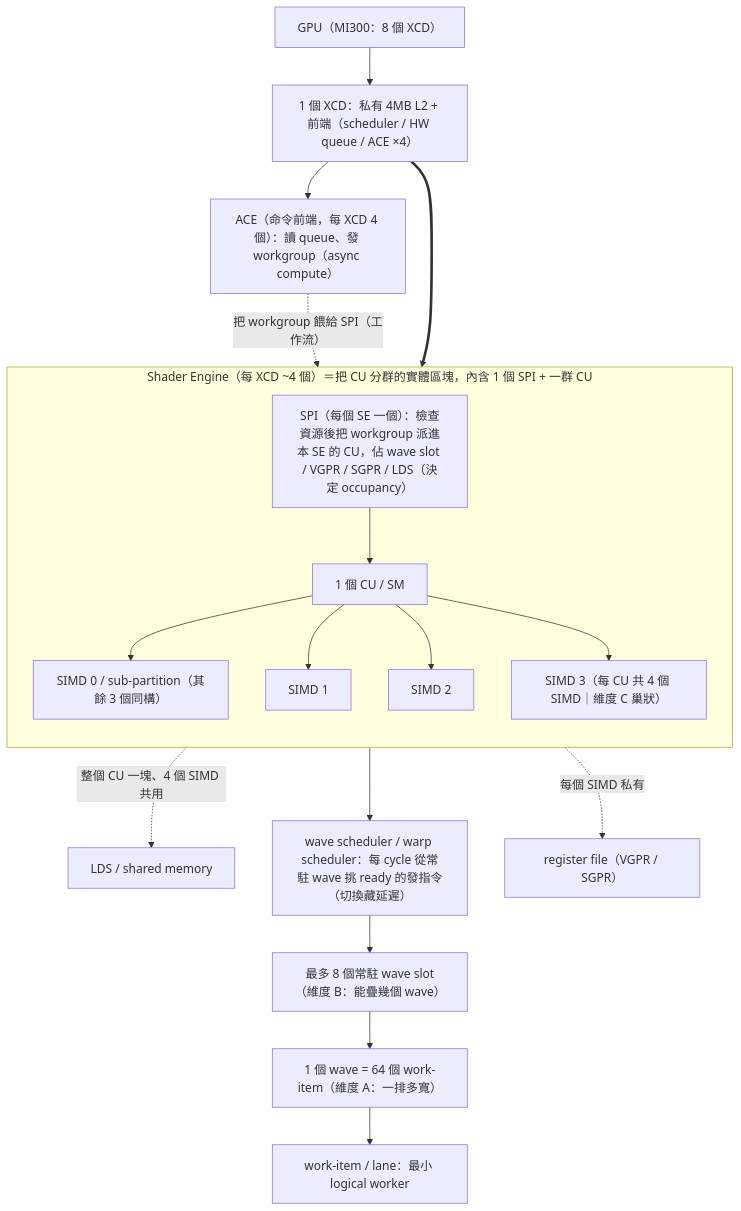
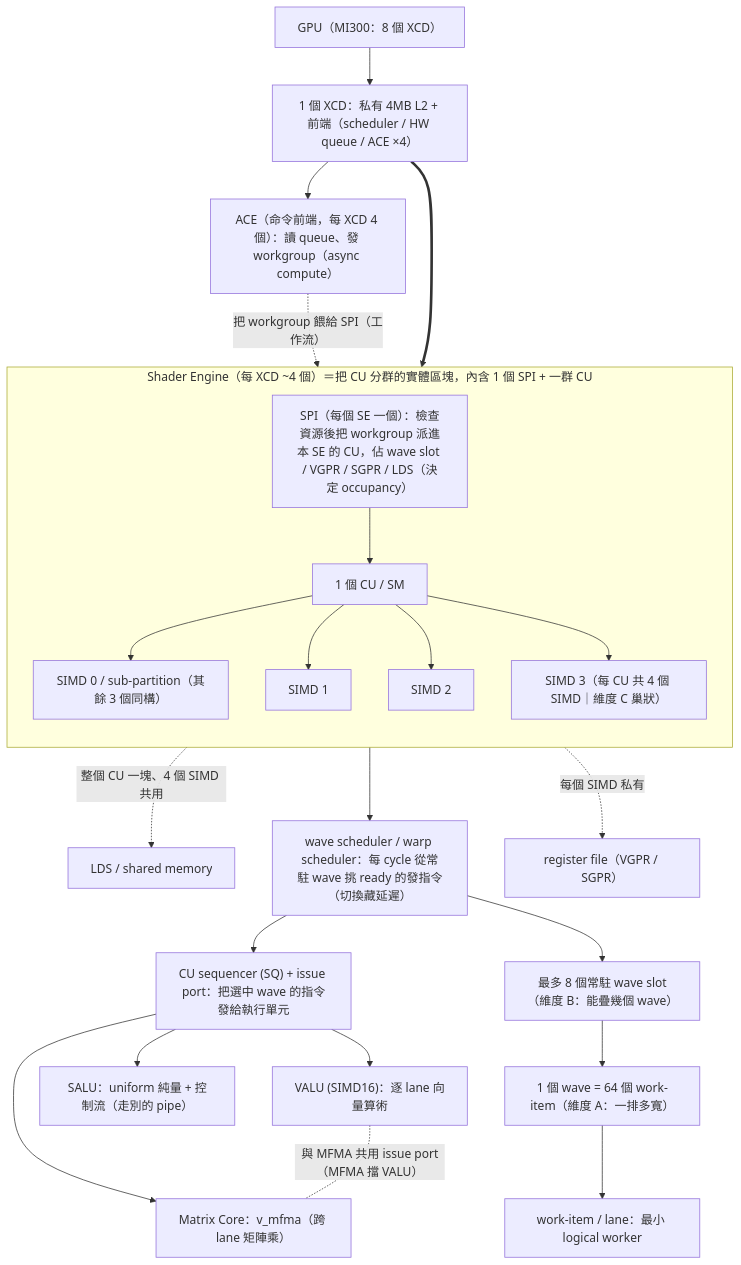
One commit to ppalee1217/rocm-libraries changed the third of 4 diagrams in study_docs/gpu_knowledge/execution-model.md. Above: the diagram before and after it, drawn with Mermaid. The commit also changed other lines of this file and 3 other files, not shown here.

First line of the commit message:
docs(study): expand execution-model & MFMA notes (execution units, lane model, issue port)

````diff
--- a/study_docs/gpu_knowledge/execution-model.md
+++ b/study_docs/gpu_knowledge/execution-model.md
@@ -220,25 +350,30 @@
 ```mermaid
 flowchart TD
     GPU["GPU（MI300：8 個 XCD）"] --> XCD["1 個 XCD：私有 4MB L2 + 前端（scheduler / HW queue / ACE ×4）"]
     XCD --> ACE["ACE（命令前端，每 XCD 4 個）：讀 queue、發 workgroup（async compute）"]
     XCD ==> SE
 
     subgraph SE["Shader Engine（每 XCD ~4 個）＝把 CU 分群的實體區塊，內含 1 個 SPI + 一群 CU"]
         direction TB
         SPI["SPI（每個 SE 一個）：檢查資源後把 workgroup 派進本 SE 的 CU，佔 wave slot / VGPR / SGPR / LDS（決定 occupancy）"]
         SPI --> CU["1 個 CU / SM"]
         CU --> S0["SIMD 0 / sub-partition（其餘 3 個同構）"]
         CU --> S1["SIMD 1"]
         CU --> S2["SIMD 2"]
         CU --> S3["SIMD 3（每 CU 共 4 個 SIMD｜維度 C 巢狀）"]
     end
 
     ACE -. "把 workgroup 餵給 SPI（工作流）" .-> SPI
     CU -. "整個 CU 一塊、4 個 SIMD 共用" .-> LDS["LDS / shared memory"]
 
     S0 --> SCHED["wave scheduler / warp scheduler：每 cycle 從常駐 wave 挑 ready 的發指令（切換藏延遲）"]
+    SCHED --> SQ["CU sequencer (SQ) + issue port：把選中 wave 的指令發給執行單元"]
+    SQ --> EU_V["VALU (SIMD16)：逐 lane 向量算術"]
+    SQ --> EU_M["Matrix Core：v_mfma（跨 lane 矩陣乘）"]
+    SQ --> EU_S["SALU：uniform 純量 + 控制流（走別的 pipe）"]
+    EU_V -. "與 MFMA 共用 issue port（MFMA 擋 VALU）" .- EU_M
     S0 -. "每個 SIMD 私有" .-> REG["register file（VGPR / SGPR）"]
     SCHED --> W["最多 8 個常駐 wave slot（維度 B：能疊幾個 wave）"]
     W --> WV["1 個 wave = 64 個 work-item（維度 A：一排多寬）"]
     WV --> WI["work-item / lane：最小 logical worker"]
 ```
````
